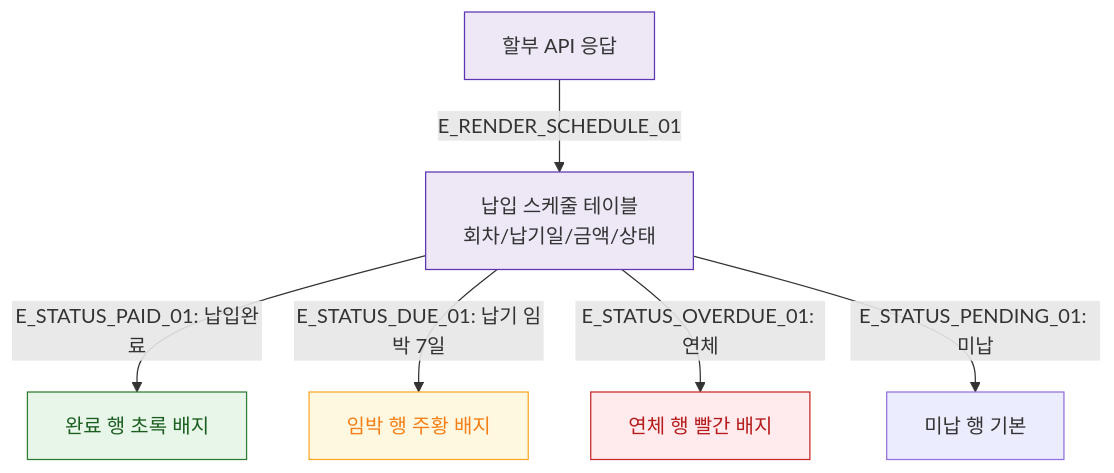
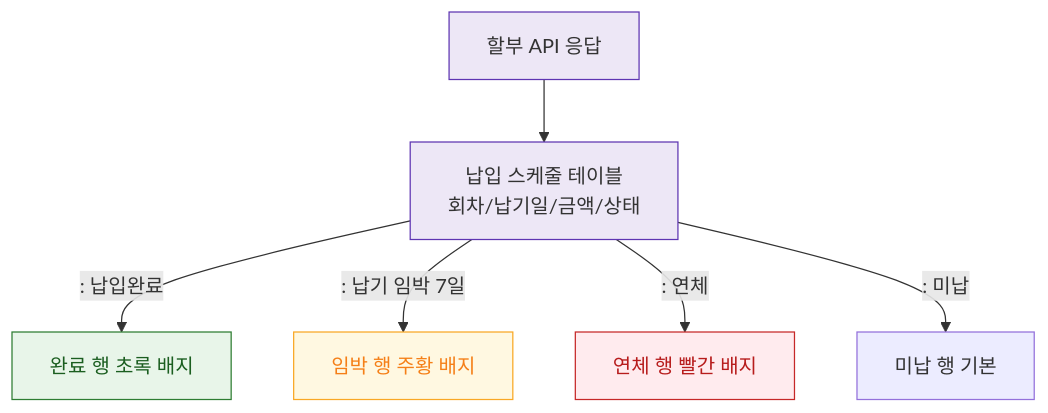
One commit to dev-spogym/admin-pando changed the diagram in docs/다이어그램/D03_매출관리/DLG-S007_할부상세/M2_필드검증.md. Above: the diagram before and after it, drawn with Mermaid. The commit also changed other lines of this file and 1660 other files, not shown here.

First line of the commit message:
다이어그램: 기획자/클라이언트 납품본으로 정리

````diff
--- a/docs/다이어그램/D03_매출관리/DLG-S007_할부상세/M2_필드검증.md
+++ b/docs/다이어그램/D03_매출관리/DLG-S007_할부상세/M2_필드검증.md
@@ -20,18 +18,18 @@
 ```mermaid
 flowchart TD
-    DATA[할부 API 응답] -->|E_RENDER_SCHEDULE_01| SCHEDULE[납입 스케줄 테이블\n회차/납기일/금액/상태]
-    SCHEDULE -->|"E_STATUS_PAID_01: 납입완료"| PAID_ROW[완료 행 초록 배지]
-    SCHEDULE -->|"E_STATUS_DUE_01: 납기 임박 7일"| DUE_ROW[임박 행 주황 배지]
-    SCHEDULE -->|"E_STATUS_OVERDUE_01: 연체"| OVERDUE_ROW[연체 행 빨간 배지]
-    SCHEDULE -->|"E_STATUS_PENDING_01: 미납"| PENDING_ROW[미납 행 기본]
+    DATA[할부 API 응답] --> SCHEDULE[납입 스케줄 테이블\n회차/납기일/금액/상태]
+    SCHEDULE -->|": 납입완료"|PAID_ROW[완료 행 초록 배지]
+    SCHEDULE -->|": 납기 임박 7일"|DUE_ROW[임박 행 주황 배지]
+    SCHEDULE -->|": 연체"|OVERDUE_ROW[연체 행 빨간 배지]
+    SCHEDULE -->|": 미납"|PENDING_ROW[미납 행 기본]
 
     classDef system fill:#EDE7F6,stroke:#5E35B2
     classDef success fill:#E8F5E9,stroke:#2E7D32,color:#1B5E20
     classDef warning fill:#FFF8E1,stroke:#F9A825,color:#F57F17
     classDef error fill:#FFEBEE,stroke:#C62828,color:#B71C1C
 
     class DATA,SCHEDULE system
     class PAID_ROW success
     class DUE_ROW warning
     class OVERDUE_ROW error
 ```
````
